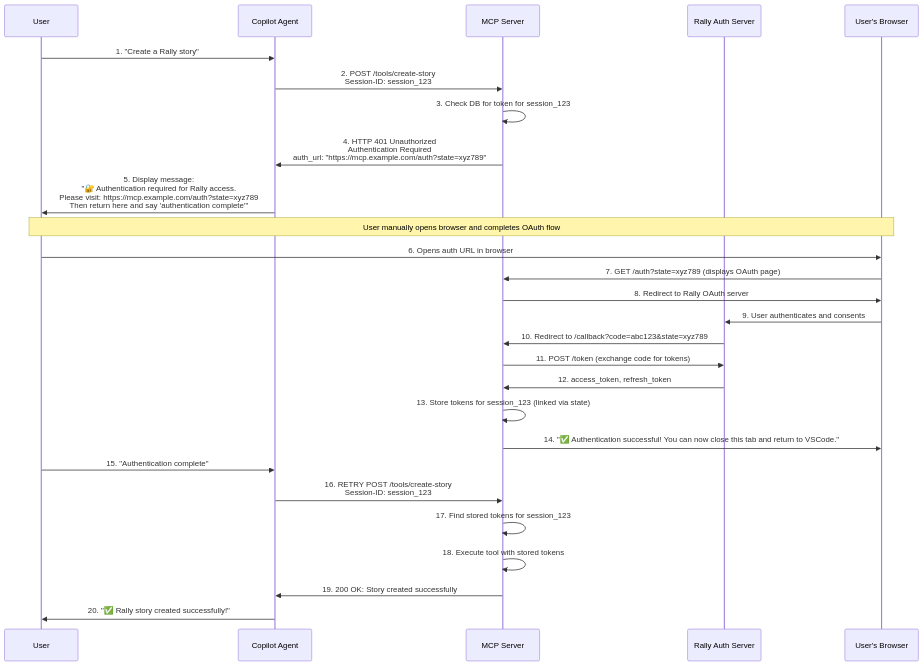
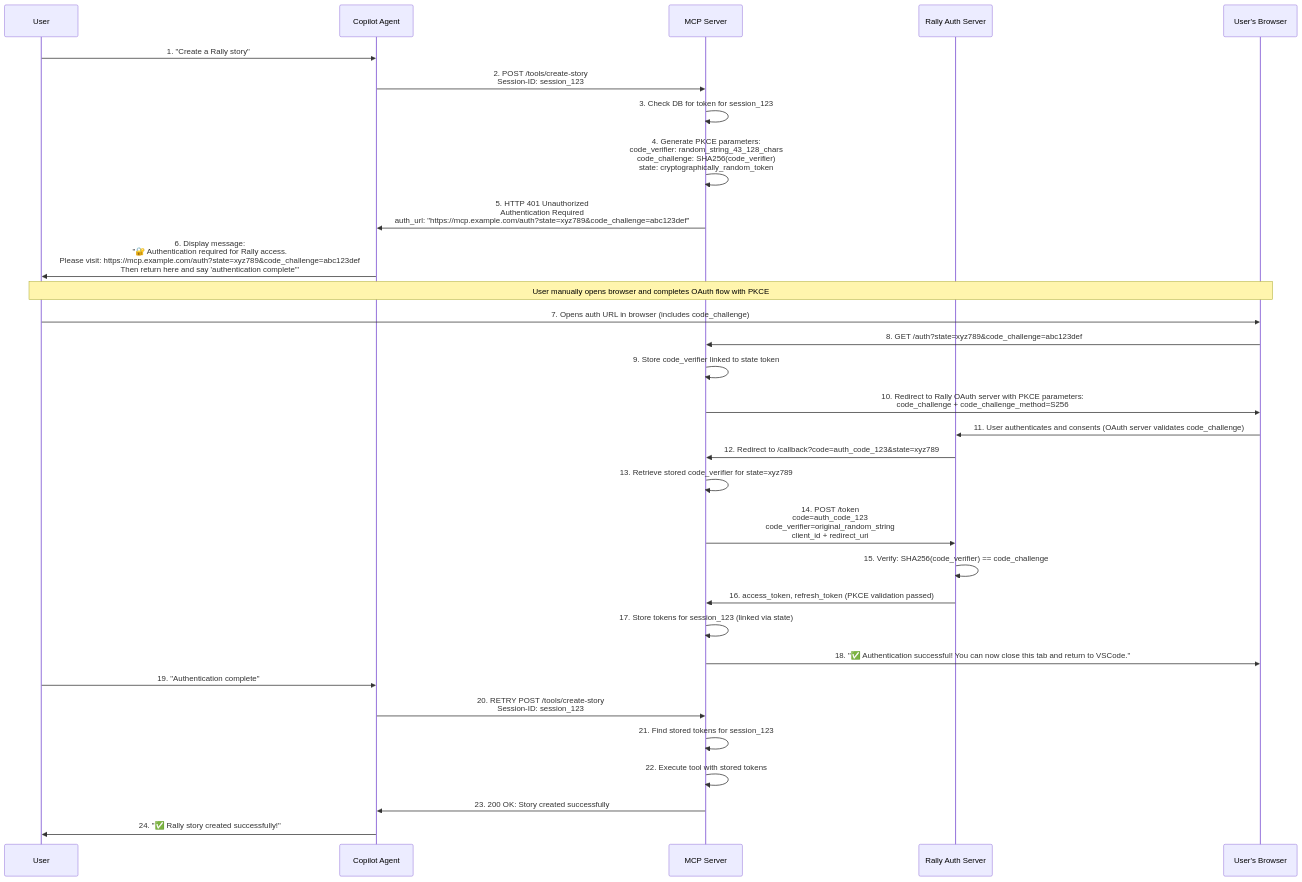
The second of 4 diagrams in ADK MCP/VSCode_Copilot_Agent_MCP_Server_End_to_End_Sequence_Diagram version 2.md (rnerurkar/mcp-implementation), drawn with Mermaid before and after one commit. The commit also changed other lines of this file, not shown here.

First line of the commit message:
SECURITY FIX: Added complete PKCE implementation to OAuth 2.1 flow

````diff
--- a/ADK MCP/VSCode_Copilot_Agent_MCP_Server_End_to_End_Sequence_Diagram version 2.md
+++ b/ADK MCP/VSCode_Copilot_Agent_MCP_Server_End_to_End_Sequence_Diagram version 2.md
@@ -319,33 +319,37 @@
 ```mermaid
 sequenceDiagram
     participant User
     participant Agent as Copilot Agent
     participant MCP as MCP Server
     participant AuthSrv as Rally Auth Server
     participant Browser as User's Browser
 
     User->>Agent: 1. "Create a Rally story"
     Agent->>MCP: 2. POST /tools/create-story<br>Session-ID: session_123
     MCP->>MCP: 3. Check DB for token for session_123
-    MCP->>Agent: 4. HTTP 401 Unauthorized<br>Authentication Required<br>auth_url: "https://mcp.example.com/auth?state=xyz789"
+    MCP->>MCP: 4. Generate PKCE parameters:<br>code_verifier: random_string_43_128_chars<br>code_challenge: SHA256(code_verifier)<br>state: cryptographically_random_token
+    MCP->>Agent: 5. HTTP 401 Unauthorized<br>Authentication Required<br>auth_url: "https://mcp.example.com/auth?state=xyz789&code_challenge=abc123def"
 
-    Agent->>User: 5. Display message:<br>"🔐 Authentication required for Rally access.<br>Please visit: https://mcp.example.com/auth?state=xyz789<br>Then return here and say 'authentication complete'"
+    Agent->>User: 6. Display message:<br>"🔐 Authentication required for Rally access.<br>Please visit: https://mcp.example.com/auth?state=xyz789&code_challenge=abc123def<br>Then return here and say 'authentication complete'"
     
-    Note over User,Browser: User manually opens browser and completes OAuth flow
-    User->>Browser: 6. Opens auth URL in browser
-    Browser->>MCP: 7. GET /auth?state=xyz789 (displays OAuth page)
-    MCP->>Browser: 8. Redirect to Rally OAuth server
-    Browser->>AuthSrv: 9. User authenticates and consents
-    AuthSrv->>MCP: 10. Redirect to /callback?code=abc123&state=xyz789
-    MCP->>AuthSrv: 11. POST /token (exchange code for tokens)
-    AuthSrv->>MCP: 12. access_token, refresh_token
-    MCP->>MCP: 13. Store tokens for session_123 (linked via state)
-    MCP->>Browser: 14. "✅ Authentication successful! You can now close this tab and return to VSCode."
+    Note over User,Browser: User manually opens browser and completes OAuth flow with PKCE
+    User->>Browser: 7. Opens auth URL in browser (includes code_challenge)
+    Browser->>MCP: 8. GET /auth?state=xyz789&code_challenge=abc123def
+    MCP->>MCP: 9. Store code_verifier linked to state token
+    MCP->>Browser: 10. Redirect to Rally OAuth server with PKCE parameters:<br>code_challenge + code_challenge_method=S256
+    Browser->>AuthSrv: 11. User authenticates and consents (OAuth server validates code_challenge)
+    AuthSrv->>MCP: 12. Redirect to /callback?code=auth_code_123&state=xyz789
+    MCP->>MCP: 13. Retrieve stored code_verifier for state=xyz789
+    MCP->>AuthSrv: 14. POST /token<br>code=auth_code_123<br>code_verifier=original_random_string<br>client_id + redirect_uri
+    AuthSrv->>AuthSrv: 15. Verify: SHA256(code_verifier) == code_challenge
+    AuthSrv->>MCP: 16. access_token, refresh_token (PKCE validation passed)
+    MCP->>MCP: 17. Store tokens for session_123 (linked via state)
+    MCP->>Browser: 18. "✅ Authentication successful! You can now close this tab and return to VSCode."
     
-    User->>Agent: 15. "Authentication complete"
-    Agent->>MCP: 16. RETRY POST /tools/create-story<br>Session-ID: session_123
-    MCP->>MCP: 17. Find stored tokens for session_123
-    MCP->>MCP: 18. Execute tool with stored tokens
-    MCP->>Agent: 19. 200 OK: Story created successfully
-    Agent->>User: 20. "✅ Rally story created successfully!"
+    User->>Agent: 19. "Authentication complete"
+    Agent->>MCP: 20. RETRY POST /tools/create-story<br>Session-ID: session_123
+    MCP->>MCP: 21. Find stored tokens for session_123
+    MCP->>MCP: 22. Execute tool with stored tokens
+    MCP->>Agent: 23. 200 OK: Story created successfully
+    Agent->>User: 24. "✅ Rally story created successfully!"
 ```
````
